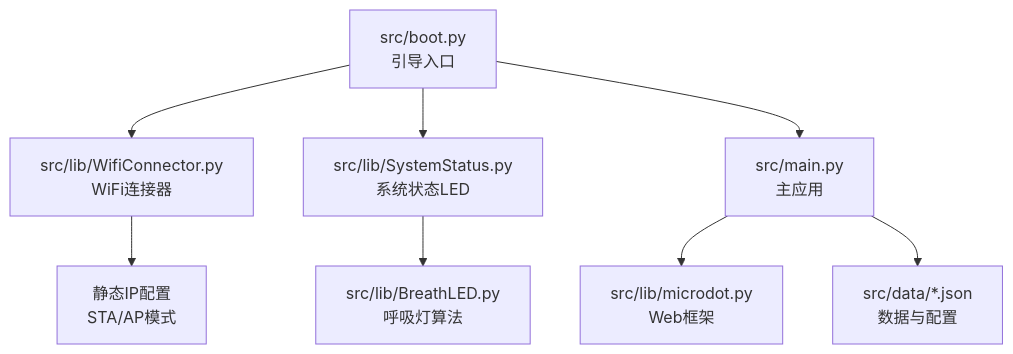
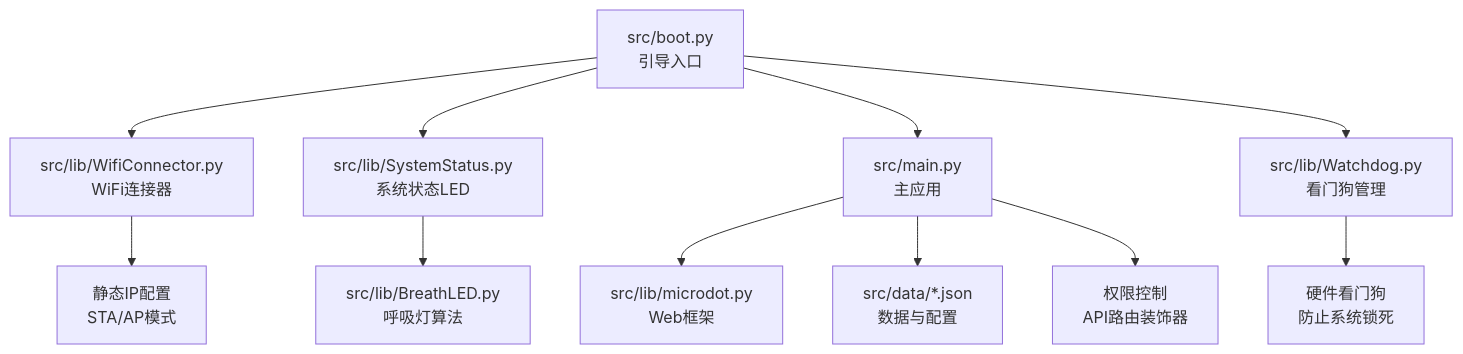
One commit to qq20739111/weilushishe-lishitai changed the first of 11 diagrams in .qoder/repowiki/zh/content/系统架构/引导系统.md. Above: the diagram before and after it, drawn with Mermaid. The commit also changed other lines of this file and 23 other files, not shown here.

````diff
--- a/.qoder/repowiki/zh/content/系统架构/引导系统.md
+++ b/.qoder/repowiki/zh/content/系统架构/引导系统.md
@@ -45,10 +49,13 @@
 ```mermaid
 graph TB
 A["src/boot.py<br/>引导入口"] --> B["src/lib/WifiConnector.py<br/>WiFi连接器"]
 A --> C["src/lib/SystemStatus.py<br/>系统状态LED"]
 A --> D["src/main.py<br/>主应用"]
-D --> E["src/lib/microdot.py<br/>Web框架"]
-D --> F["src/data/*.json<br/>数据与配置"]
-C --> G["src/lib/BreathLED.py<br/>呼吸灯算法"]
-B --> H["静态IP配置<br/>STA/AP模式"]
+A --> E["src/lib/Watchdog.py<br/>看门狗管理"]
+D --> F["src/lib/microdot.py<br/>Web框架"]
+D --> G["src/data/*.json<br/>数据与配置"]
+C --> H["src/lib/BreathLED.py<br/>呼吸灯算法"]
+B --> I["静态IP配置<br/>STA/AP模式"]
+E --> J["硬件看门狗<br/>防止系统锁死"]
+D --> K["权限控制<br/>API路由装饰器"]
 ```
````
